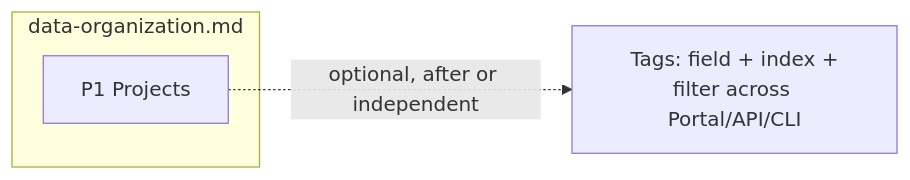
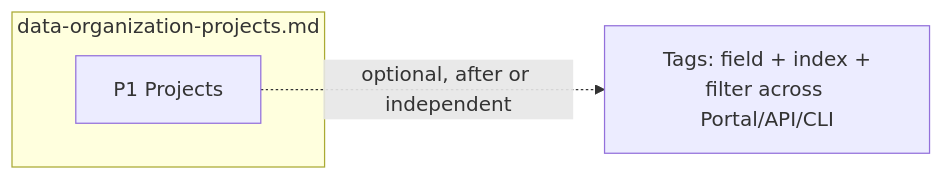
One commit to Gile987/scope changed the third of 3 diagrams in docs/architecture/data-tags.md. Above: the diagram before and after it, drawn with Mermaid. The commit also changed other lines of this file and 2 other files, not shown here.

First line of the commit message:
docs: rename to data-organization-projects.md; projects are id-only

````diff
--- a/docs/architecture/data-tags.md
+++ b/docs/architecture/data-tags.md
@@ -178,7 +178,7 @@
 ```mermaid
 flowchart LR
-    subgraph proj["data-organization.md"]
+    subgraph proj["data-organization-projects.md"]
         P1["P1 Projects"]
     end
     P1 -.optional, after or independent.-> T["Tags: field + index +<br/>filter across Portal/API/CLI"]
 ```
````
